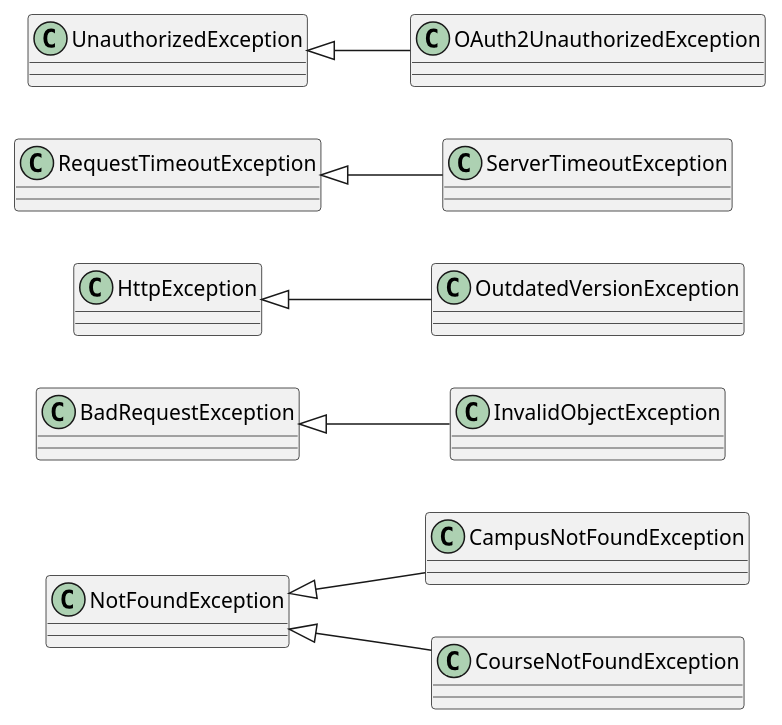
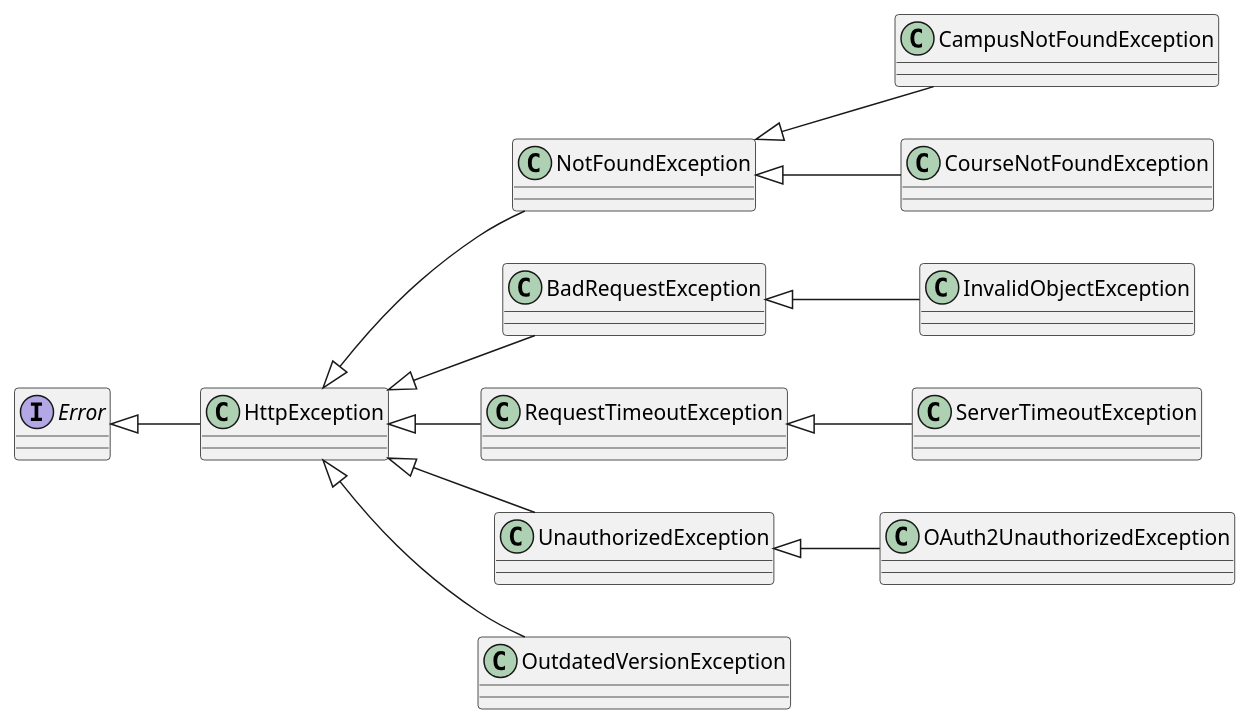
The diagram in src/C1. Visão Geral/C2. Sistema/C3. Endpoints RESTful (Server)/C4. Visão Lógica/[PUML] Classes - Exceptions.puml (MurylloEx/Seja-UPE-Docs), drawn with PlantUML before and after one commit.

Commit message:
:bug: fix: Wrong relation between Exceptions.

```diff
--- a/src/C1. Visão Geral/C2. Sistema/C3. Endpoints RESTful (Server)/C4. Visão Lógica/[PUML] Classes - Exceptions.puml
+++ b/src/C1. Visão Geral/C2. Sistema/C3. Endpoints RESTful (Server)/C4. Visão Lógica/[PUML] Classes - Exceptions.puml
@@ -1,12 +1,18 @@
 @startuml "Class Diagram"
 
 left to right direction
 
+interface Error 
+class HttpException extends Error
+class NotFoundException extends HttpException
+class BadRequestException extends HttpException
+class RequestTimeoutException extends HttpException
+class UnauthorizedException extends HttpException
 class CampusNotFoundException extends NotFoundException
 class CourseNotFoundException extends NotFoundException
 class InvalidObjectException extends BadRequestException
 class OutdatedVersionException extends HttpException
 class ServerTimeoutException extends RequestTimeoutException
 class OAuth2UnauthorizedException extends UnauthorizedException
 
 @enduml
```
